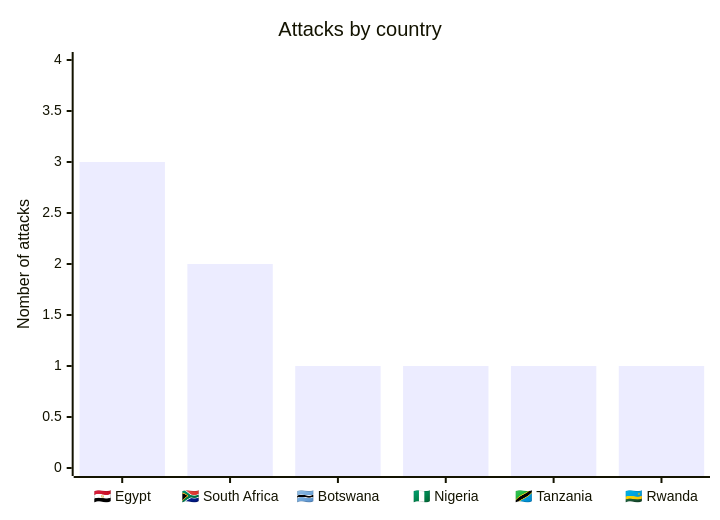
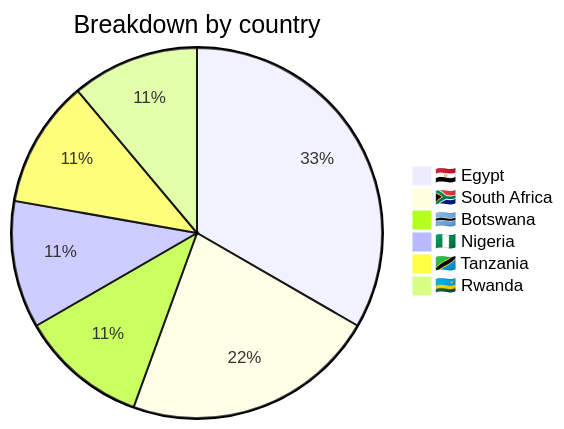
One commit to Hatchepsoute/AFRINTEL changed the third of 5 diagrams in reports/2025/03-march/README.md. Above: the diagram before and after it, drawn with Mermaid. The commit also changed other lines of this file and 7 other files, not shown here.

````diff
--- a/reports/2025/03-march/README.md
+++ b/reports/2025/03-march/README.md
@@ -73,7 +75,9 @@
 ```mermaid
-xychart-beta
-    title "Attacks by country"
-    x-axis ["🇪🇬 Egypt", "🇿🇦  South Africa", "🇧🇼 Botswana", "🇳🇬 Nigeria", " 🇹🇿 Tanzania", "🇷🇼 Rwanda"]
-    y-axis "Nomber of attacks" 0 --> 4
-    bar [3, 2, 1, 1, 1, 1]
+pie title Breakdown by country
+    "🇪🇬 Egypt" : 3
+    "🇿🇦 South Africa" : 2
+    "🇧🇼 Botswana" : 1
+    "🇳🇬 Nigeria" : 1
+    "🇹🇿 Tanzania" : 1
+    "🇷🇼 Rwanda" : 1
 ```
````
